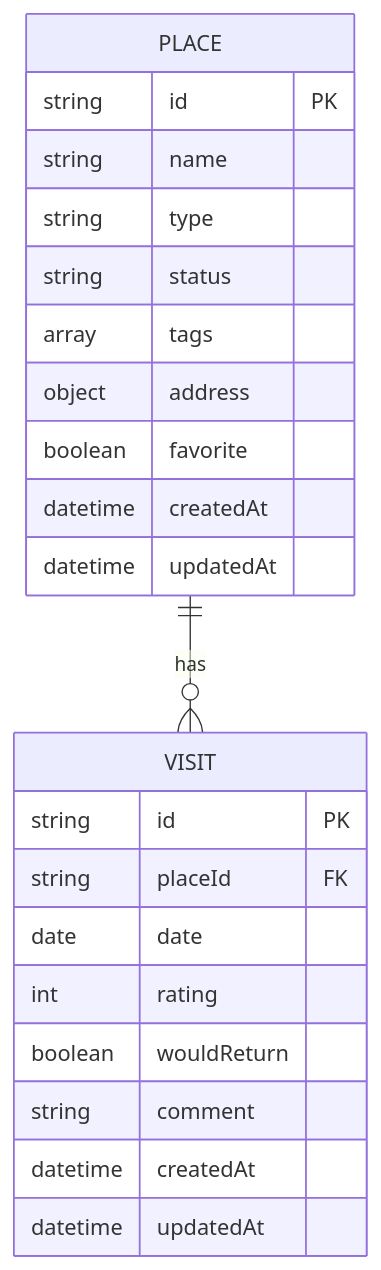
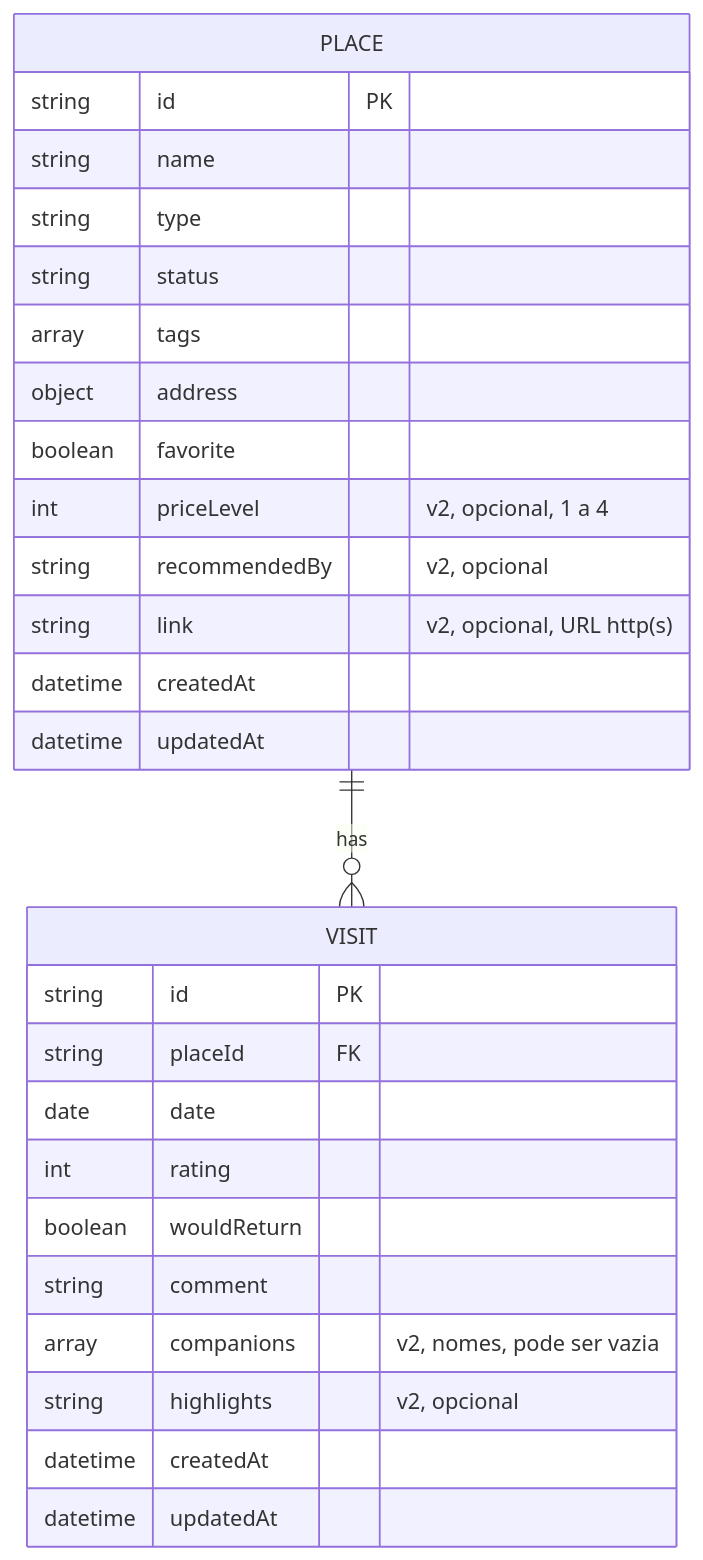
Before and after one commit to thalesAlves758/spot-diary: the fourth of 5 diagrams in docs/refinamento.md, drawn with Mermaid. The commit also changed other lines of this file and 2 other files, not shown here.

````diff
--- a/docs/refinamento.md
+++ b/docs/refinamento.md
@@ -247,25 +589,30 @@
 ```mermaid
 erDiagram
     PLACE ||--o{ VISIT : has
     PLACE {
         string id PK
         string name
         string type
         string status
         array tags
         object address
         boolean favorite
+        int priceLevel "v2, opcional, 1 a 4"
+        string recommendedBy "v2, opcional"
+        string link "v2, opcional, URL http(s)"
         datetime createdAt
         datetime updatedAt
     }
     VISIT {
         string id PK
         string placeId FK
         date date
         int rating
         boolean wouldReturn
         string comment
+        array companions "v2, nomes, pode ser vazia"
+        string highlights "v2, opcional"
         datetime createdAt
         datetime updatedAt
     }
 ```
````
